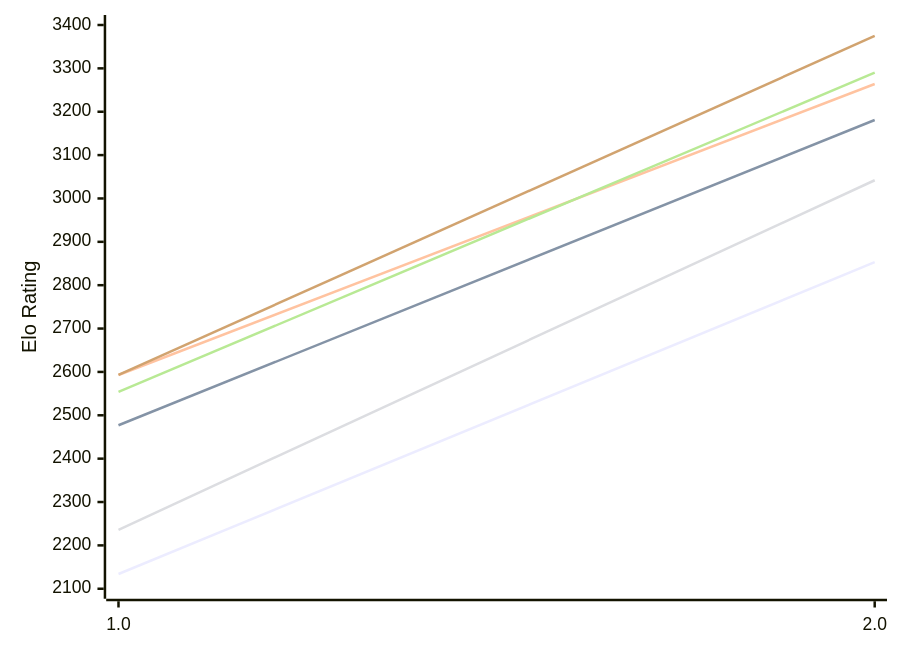
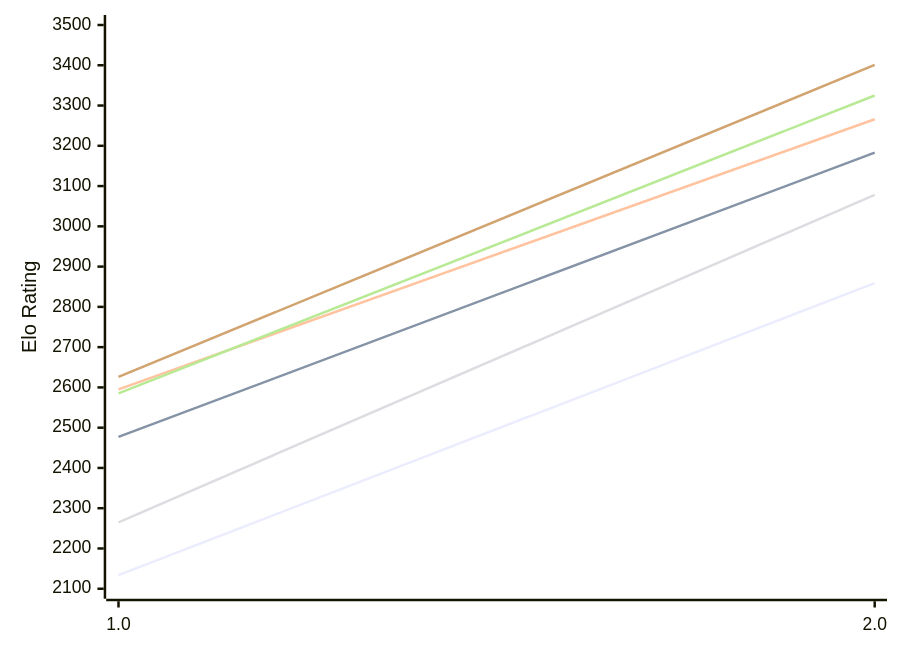
Before and after one commit to computer-chess-index/cci: the diagram in engines/Scarlet.md, drawn with Mermaid. The commit also changed other lines of this file, not shown here.

Commit message:
Update CCI Ratings (ELO VLTC) - 2026-11-05

````diff
--- a/engines/Scarlet.md
+++ b/engines/Scarlet.md
@@ -49,12 +49,12 @@
 ```mermaid
 %%{init: {"theme":"base","themeVariables":{"seriesColors:['#a3a3a3','#222221','#faa371']}}}%%
 xychart-beta
   x-axis ["1.0", "2.0"]
-  y-axis "Elo Rating" 2100 --> 3400
-  line "E1: STC (8.0+0.08s)" [2134, 2853]
-  line "E1: LTC (60.0+0.60s)" [2477, 3181]
-  line "E1: VLTC (2m24s+1.12s)" [2593, 3264]
-  line "P1: STC (8.0+0.08s)" [2236, 3042]
-  line "P1: LTC (60.0+0.60s)" [2554, 3290]
-  line "P1: VLTC (2m24s+1.12s)" [2593, 3375]
+  y-axis "Elo Rating" 2100 --> 3500
+  line "E1: STC (8.0+0.08s)" [2134, 2859]
+  line "E1: LTC (60.0+0.60s)" [2477, 3183]
+  line "E1: VLTC (2m24s+1.12s)" [2595, 3266]
+  line "P1: STC (8.0+0.08s)" [2265, 3078]
+  line "P1: LTC (60.0+0.60s)" [2585, 3325]
+  line "P1: VLTC (2m24s+1.12s)" [2626, 3401]
 ```
````
